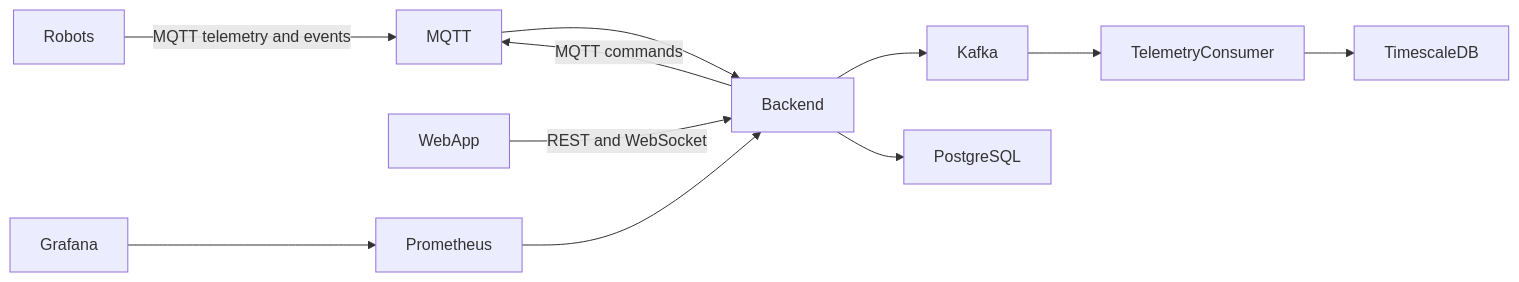
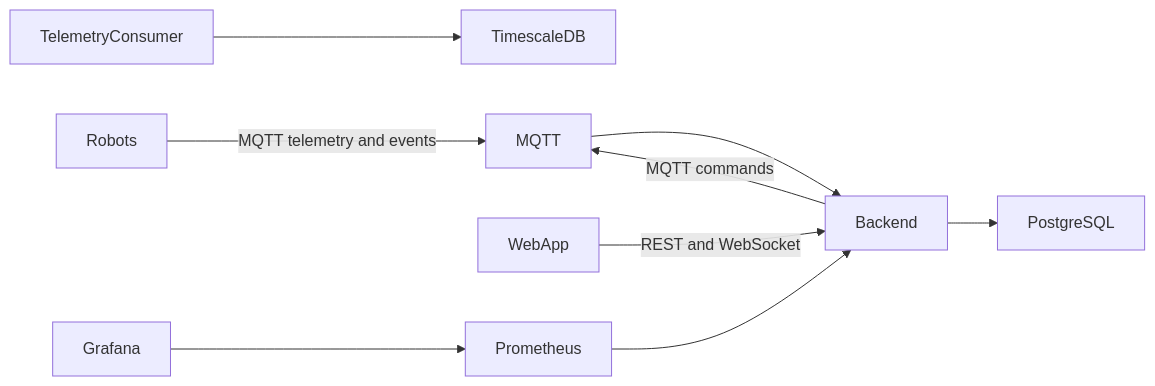
One commit to satr/robot-fleet changed the diagram in Plan.md. Above: the diagram before and after it, drawn with Mermaid. The commit also changed other lines of this file and 12 other files, not shown here.

````diff
--- a/Plan.md
+++ b/Plan.md
@@ -595,13 +559,11 @@
 ```mermaid
 flowchart LR
     Robots -->|MQTT telemetry and events| MQTT
     Backend -->|MQTT commands| MQTT
     MQTT --> Backend
-    Backend --> Kafka
     Backend --> PostgreSQL
-    Kafka --> TelemetryConsumer
     TelemetryConsumer --> TimescaleDB
     WebApp -->|REST and WebSocket| Backend
     Prometheus --> Backend
     Grafana --> Prometheus
 ```
````
